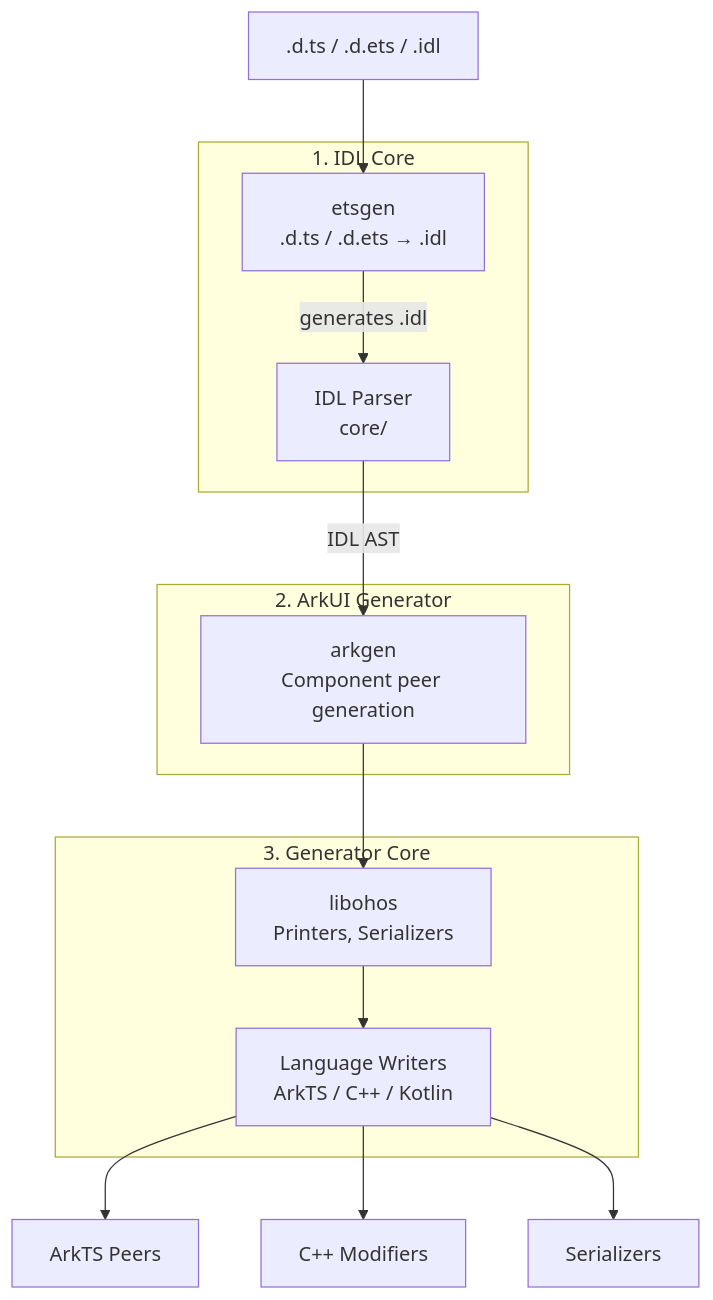
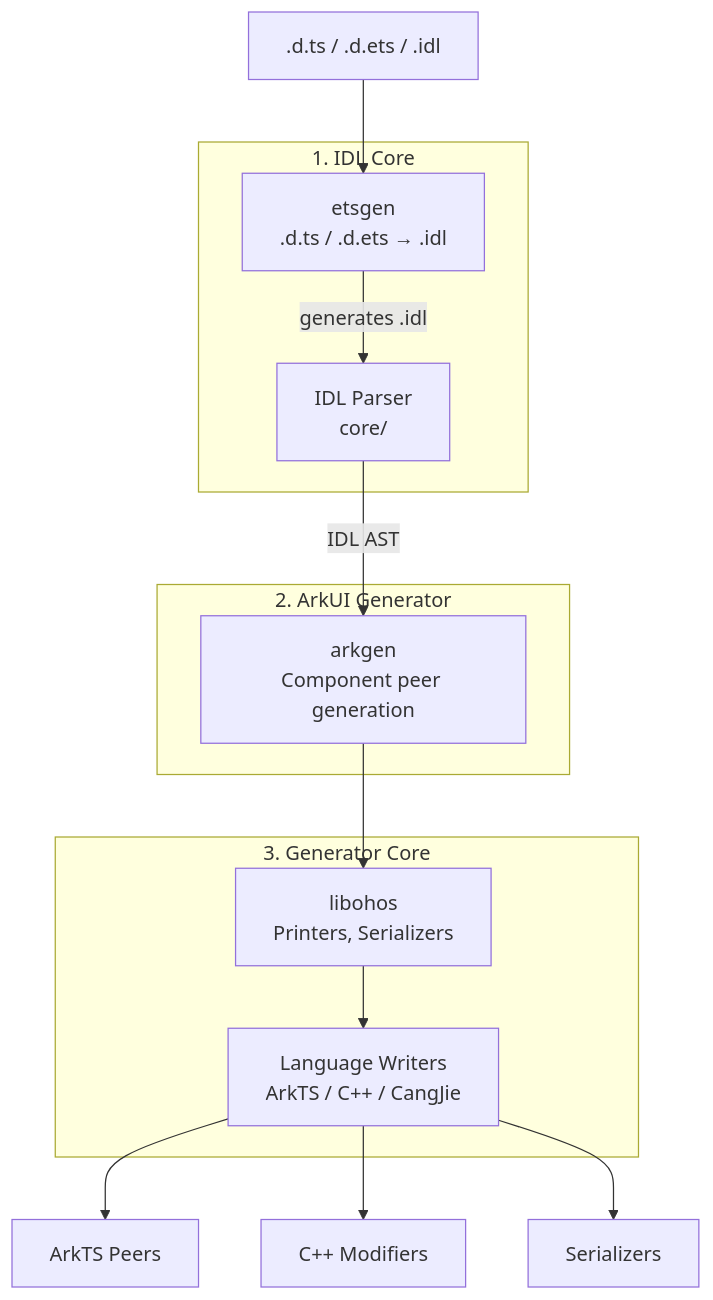
Before and after one commit to openharmony/arkui_idlize: the diagram in README.md, drawn with Mermaid. The commit also changed 2 other files, not shown here.

Commit message:
docs: remove remaining Kotlin references from README and skill files

````diff
--- a/README.md
+++ b/README.md
@@ -16,25 +16,25 @@
 ```mermaid
 graph TD
     subgraph "1. IDL Core"
         etsgen["etsgen<br/>.d.ts / .d.ets → .idl"]
         parser["IDL Parser<br/>core/"]
         etsgen -->|"generates .idl"| parser
     end
 
     subgraph "2. ArkUI Generator"
         arkgen["arkgen<br/>Component peer generation"]
     end
 
     subgraph "3. Generator Core"
         libohos["libohos<br/>Printers, Serializers"]
-        writer["Language Writers<br/>ArkTS / C++ / Kotlin"]
+        writer["Language Writers<br/>ArkTS / C++ / CangJie"]
         libohos --> writer
     end
 
     input[".d.ts / .d.ets / .idl"] --> etsgen
     parser -->|"IDL AST"| arkgen
     arkgen --> libohos
     writer --> peers["ArkTS Peers"]
     writer --> modifiers["C++ Modifiers"]
     writer --> serializers["Serializers"]
 ```
````
